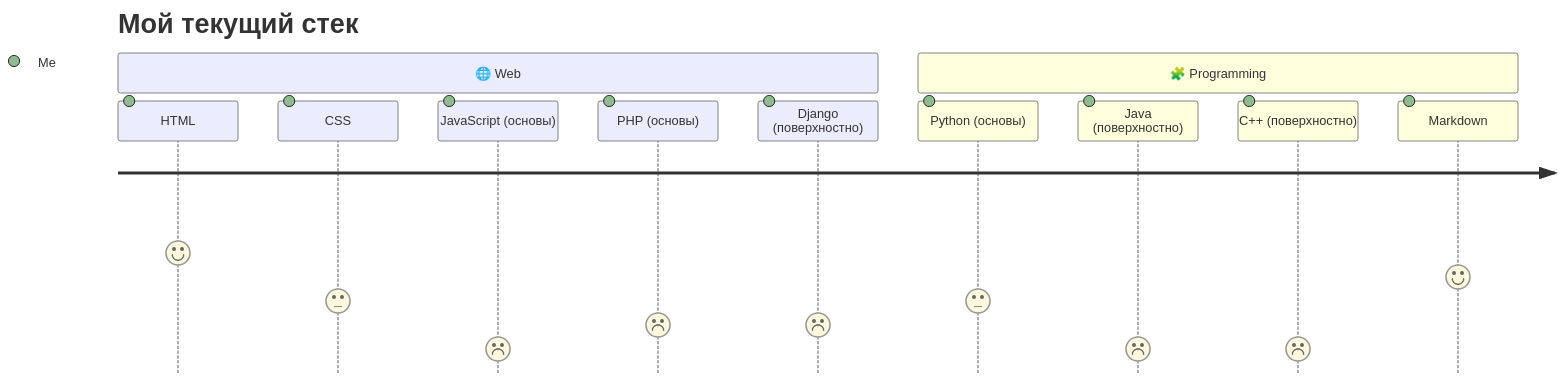
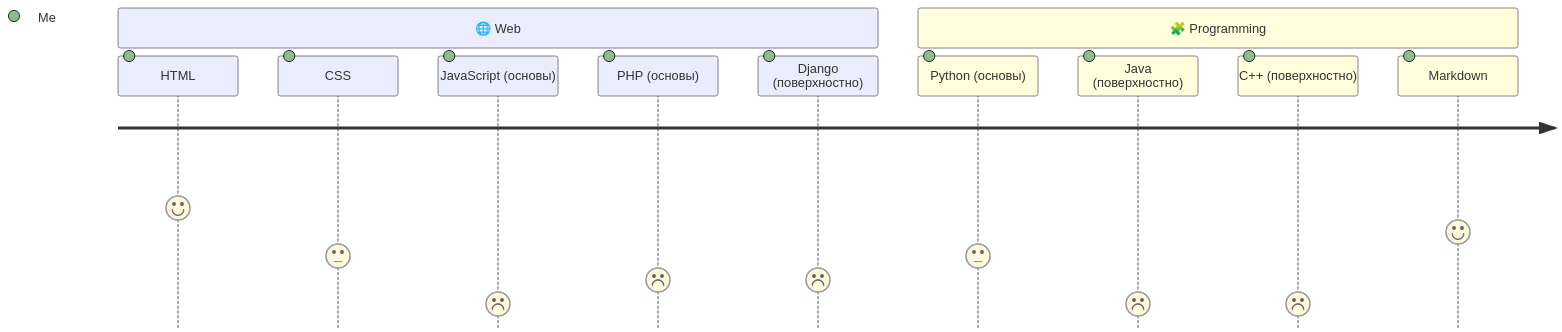
The first of 2 diagrams in README.md (sttape/sttape), drawn with Mermaid before and after one commit. The commit also changed other lines of this file, not shown here.

````diff
--- a/README.md
+++ b/README.md
@@ -7,15 +9,14 @@
 ```mermaid
 journey
-    title Мой текущий стек
     section 🌐 Web
       HTML: 5: Me
       CSS: 3: Me
       JavaScript (основы): 1: Me
       PHP (основы): 2: Me
       Django (поверхностно): 2: Me
     section 🧩 Programming
       Python (основы): 3: Me
       Java (поверхностно): 1: Me
       C++ (поверхностно): 1: Me
       Markdown: 4: Me
 ```
````
